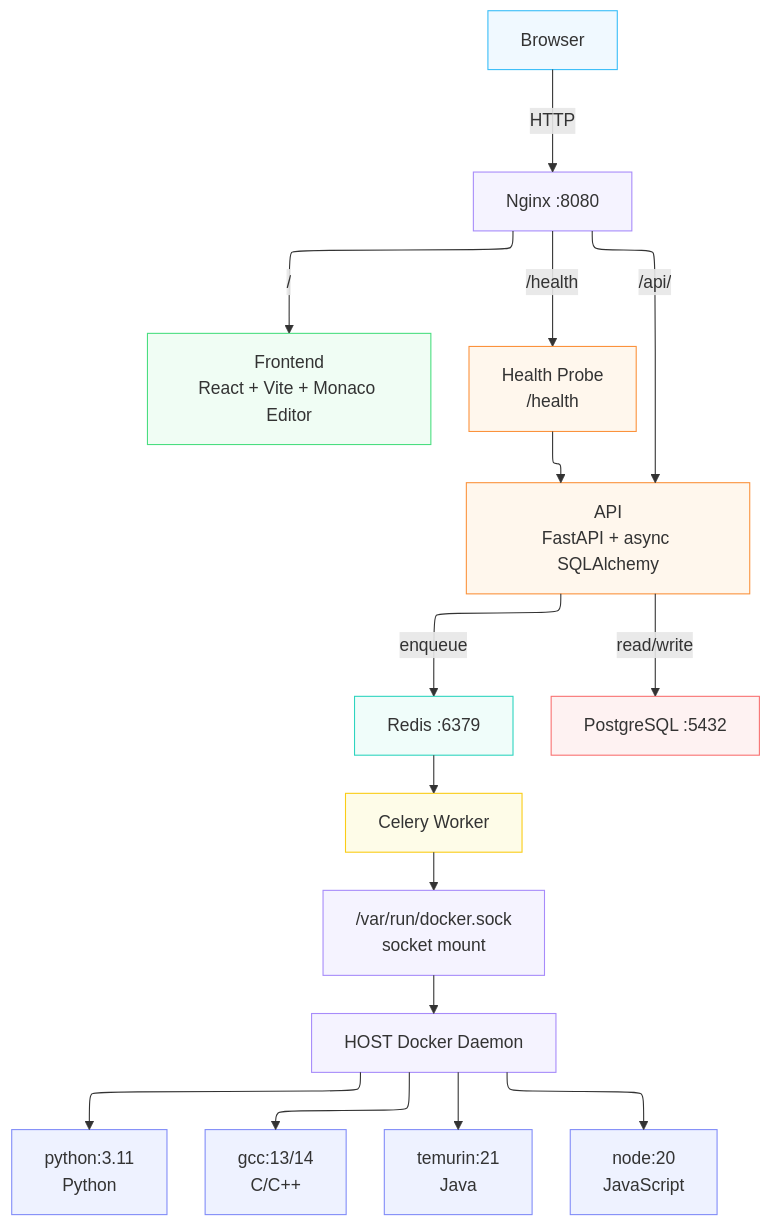
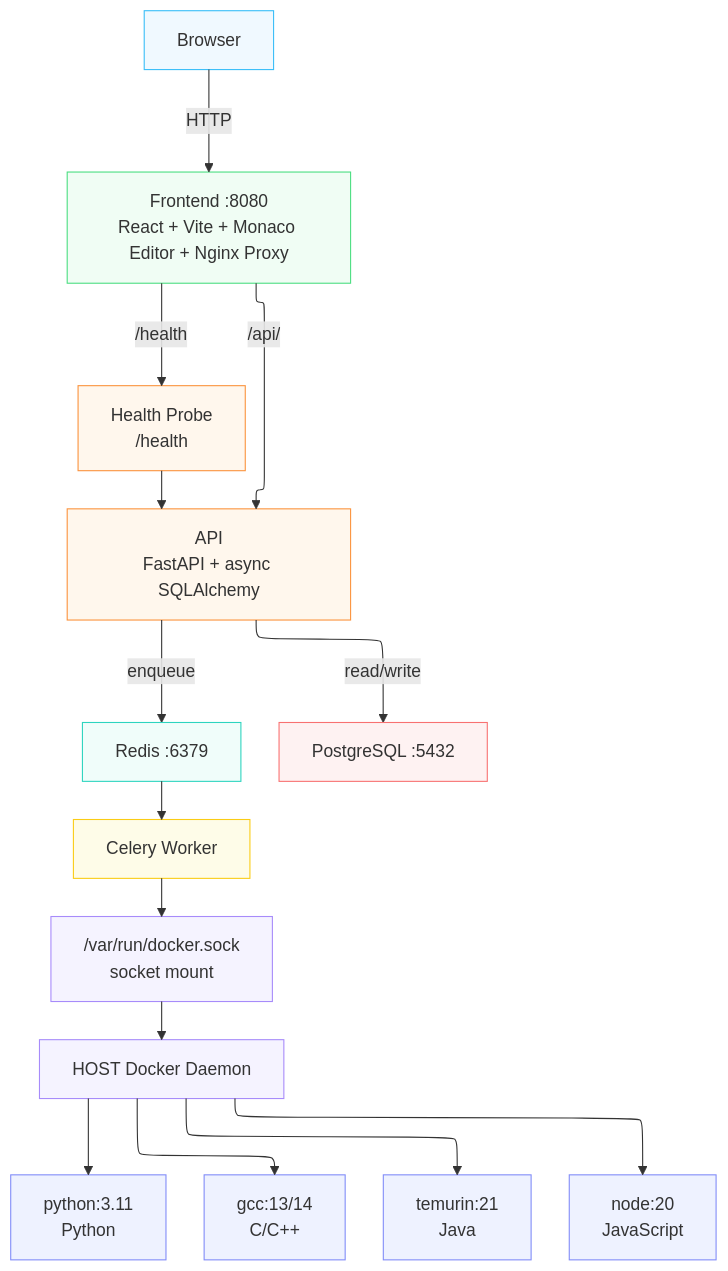
Before and after one commit to Rudra2609/CodeArena: the diagram in README.md, drawn with Mermaid. The commit also changed other lines of this file, not shown here.

Commit message:
docs: Update architecture diagram and features for OTP/Nginx removal

````diff
--- a/README.md
+++ b/README.md
@@ -68,42 +68,41 @@
 ```mermaid
 ---
 config:
   layout: elk
 ---
 flowchart TB
-    Browser["Browser"] -- HTTP --> Nginx["Nginx :8080"]
-    Nginx -- / --> Frontend["Frontend<br>React + Vite + Monaco Editor"]
-    Nginx -- /api/ --> API["API<br>FastAPI + async SQLAlchemy"]
-    Nginx -- /health --> Health["Health Probe<br>/health"]
+    Browser["Browser"] -- HTTP --> Frontend["Frontend :8080<br>React + Vite + Monaco Editor + Nginx Proxy"]
+    Frontend -- /api/ --> API["API<br>FastAPI + async SQLAlchemy"]
+    Frontend -- /health --> Health["Health Probe<br>/health"]
     Health --> API
     API -- enqueue --> Redis["Redis :6379"]
     API -- read/write --> PostgreSQL["PostgreSQL :5432"]
     Redis --> CeleryWorker["Celery Worker"]
     CeleryWorker --> DockerSocket["/var/run/docker.sock<br>socket mount"]
     DockerSocket --> DockerDaemon["HOST Docker Daemon"]
     DockerDaemon --> Python["python:3.11<br>Python"] & GCC["gcc:13/14<br>C/C++"] & Temurin["temurin:21<br>Java"] & Node["node:20<br>JavaScript"]
 
      Browser:::browserNode
-     Nginx:::proxyNode
+
      Frontend:::frontendNode
      API:::apiNode
      Health:::apiNode
      Redis:::cacheNode
      CeleryWorker:::workerNode
      PostgreSQL:::dbNode
      DockerSocket:::infraNode
      DockerDaemon:::infraNode
      Python:::runtimeNode
      GCC:::runtimeNode
      Temurin:::runtimeNode
      Node:::runtimeNode
     classDef browserNode stroke:#38bdf8,fill:#f0f9ff
-    classDef proxyNode stroke:#a78bfa,fill:#f5f3ff
+
     classDef frontendNode stroke:#4ade80,fill:#f0fdf4
     classDef apiNode stroke:#fb923c,fill:#fff7ed
     classDef cacheNode stroke:#2dd4bf,fill:#f0fdfa
     classDef dbNode stroke:#f87171,fill:#fef2f2
     classDef workerNode stroke:#facc15,fill:#fefce8
     classDef infraNode stroke:#a78bfa,fill:#f5f3ff
     classDef runtimeNode stroke:#818cf8,fill:#eef2ff
 ```
````
